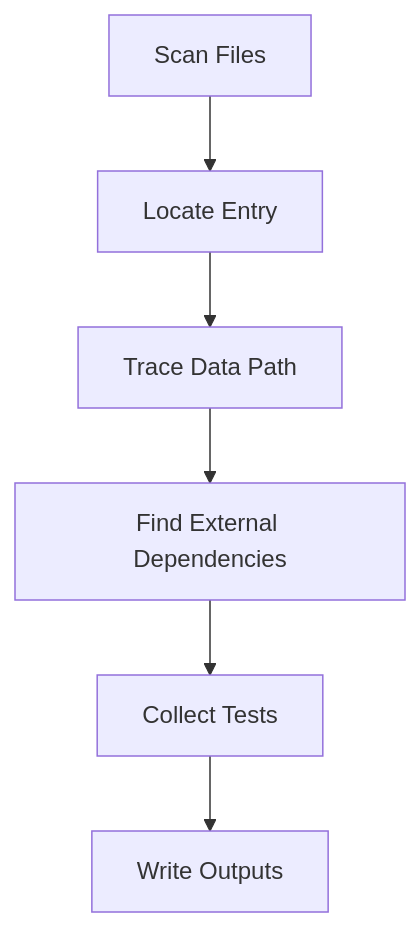
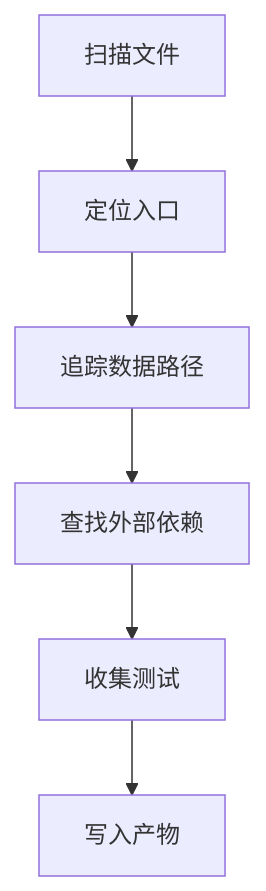
The diagram in templates/10-command-cookbook.md (WangXianan456/repo-global-map), drawn with Mermaid before and after one commit. The commit also changed other lines of this file and 16 other files, not shown here.

````diff
--- a/templates/10-command-cookbook.md
+++ b/templates/10-command-cookbook.md
@@ -28,8 +28,8 @@
 ```mermaid
 flowchart TD
-A[Scan Files] --> B[Locate Entry]
-B --> C[Trace Data Path]
-C --> D[Find External Dependencies]
-D --> E[Collect Tests]
-E --> F[Write Outputs]
+A[扫描文件] --> B[定位入口]
+B --> C[追踪数据路径]
+C --> D[查找外部依赖]
+D --> E[收集测试]
+E --> F[写入产物]
 ```
````
